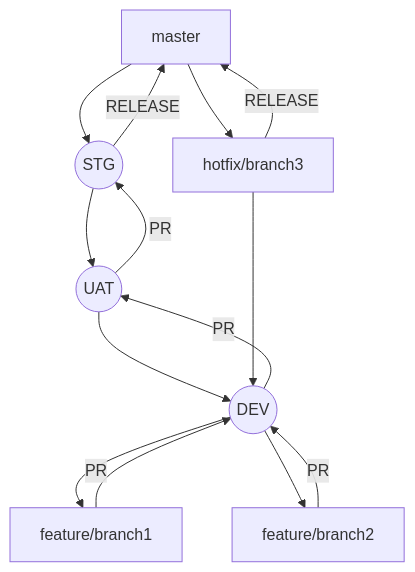
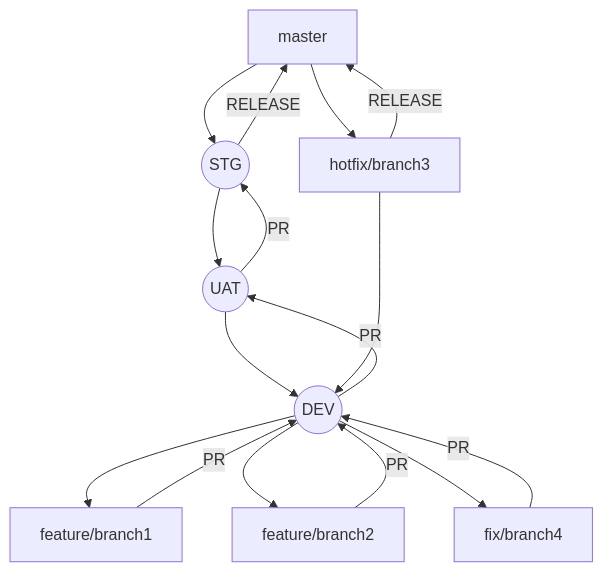
One commit to Tamimah-Research/documentation changed the diagram in documentation.md. Above: the diagram before and after it, drawn with Mermaid. The commit also changed other lines of this file, not shown here.

Commit message:
bugs branching

````diff
--- a/documentation.md
+++ b/documentation.md
@@ -73,17 +73,19 @@
 ```mermaid
 graph TB
 A[ master]  --> B((STG))
 B --RELEASE--> A
 B --> C((UAT))
 C --PR--> B
 C --> D((DEV))
 D--PR--> C
 D --> E[feature/branch1]
 E -- PR --> D
 D --> F[feature/branch2]
 F -- PR --> D
 A --> G[hotfix/branch3]
 G --RELEASE--> A
 G --> D
+D --> H[fix/branch4]
+H--PR-->D
 
 ```
````
